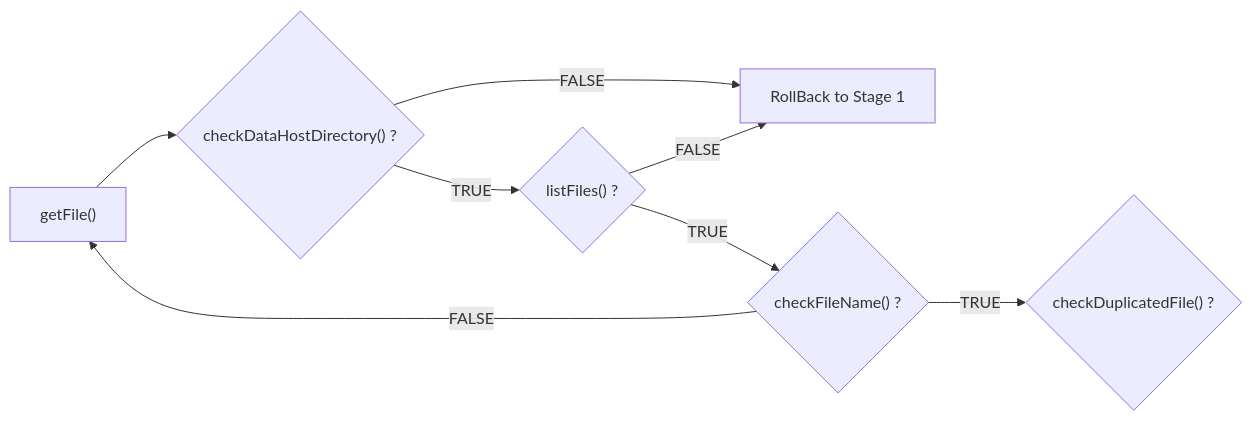
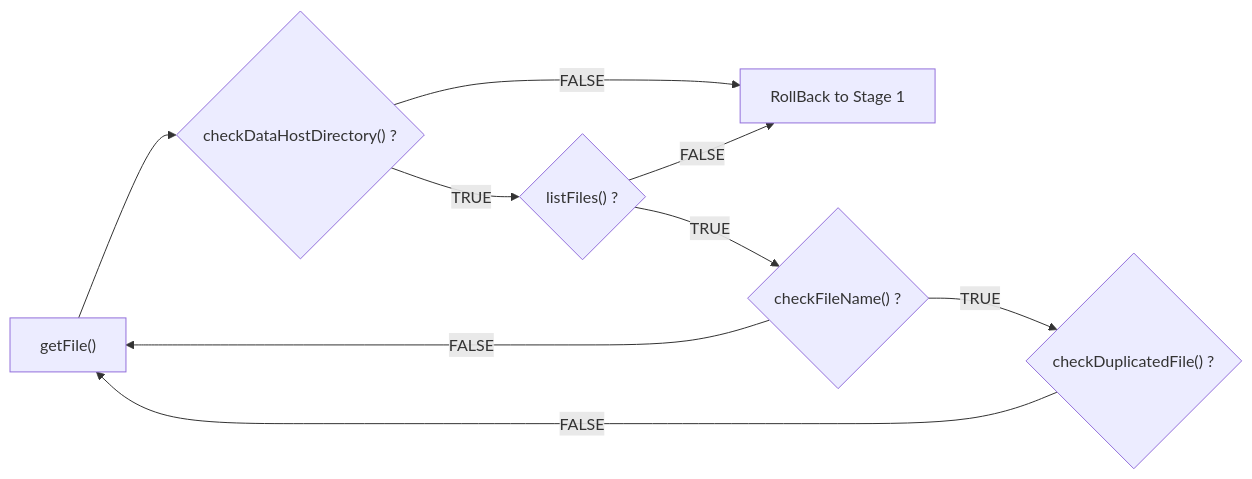
Before and after one commit to luthfiadityaa/SimeDarby-Wiki: the seventh of 7 diagrams in Basic-Design/Host-Interfaces.md, drawn with Mermaid.

Commit message:
Updated Host Interfaces

```diff
--- a/Basic-Design/Host-Interfaces.md
+++ b/Basic-Design/Host-Interfaces.md
@@ -545,10 +545,11 @@
 ::: mermaid
 flowchart LR
  C1["getFile()"] --> Cond1{"checkDataHostDirectory() ?"}
  Cond1 --> |FALSE| C3[RollBack to Stage 1]
  Cond1 --> |TRUE| Cond2{"listFiles() ?"}  
  Cond2 --> |FALSE| C3
  Cond2 --> |TRUE| Cond3{"checkFileName() ?"} 
  Cond3 --> |FALSE| C1
  Cond3 --> |TRUE| Cond4{"checkDuplicatedFile() ?"} 
+ Cond4 --> |FALSE| C1
 :::
```
